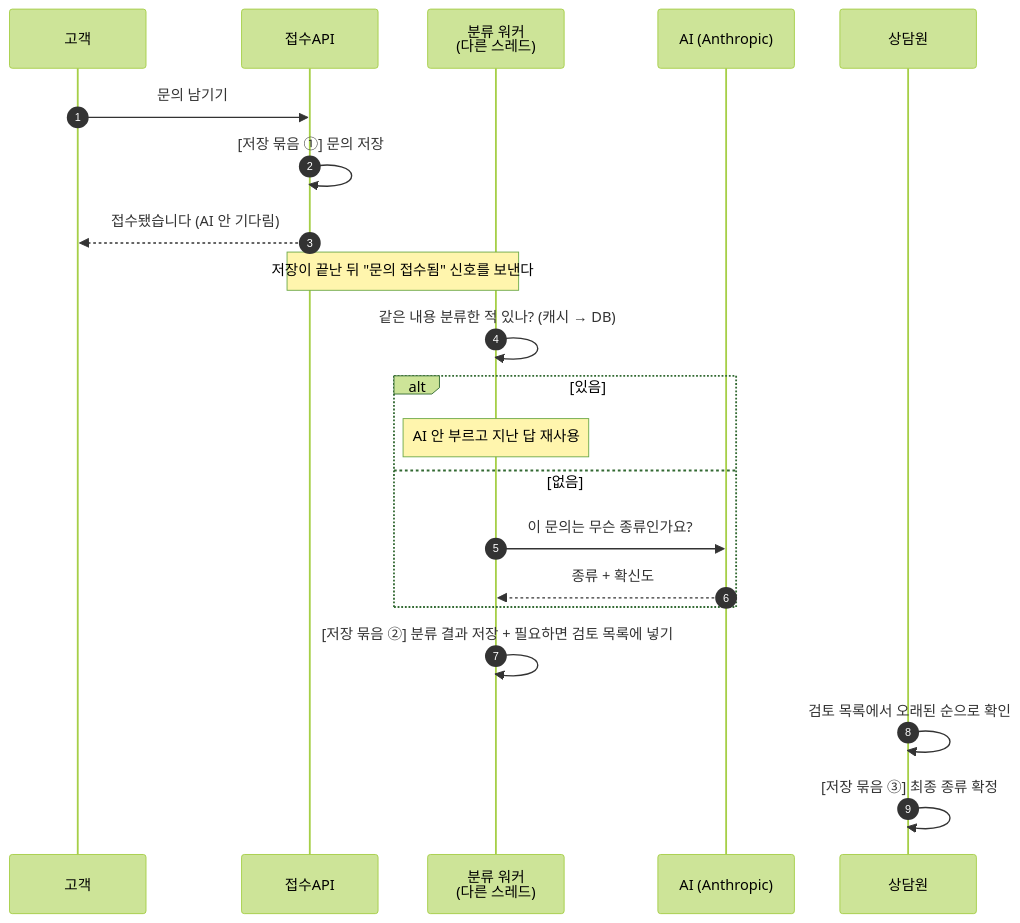
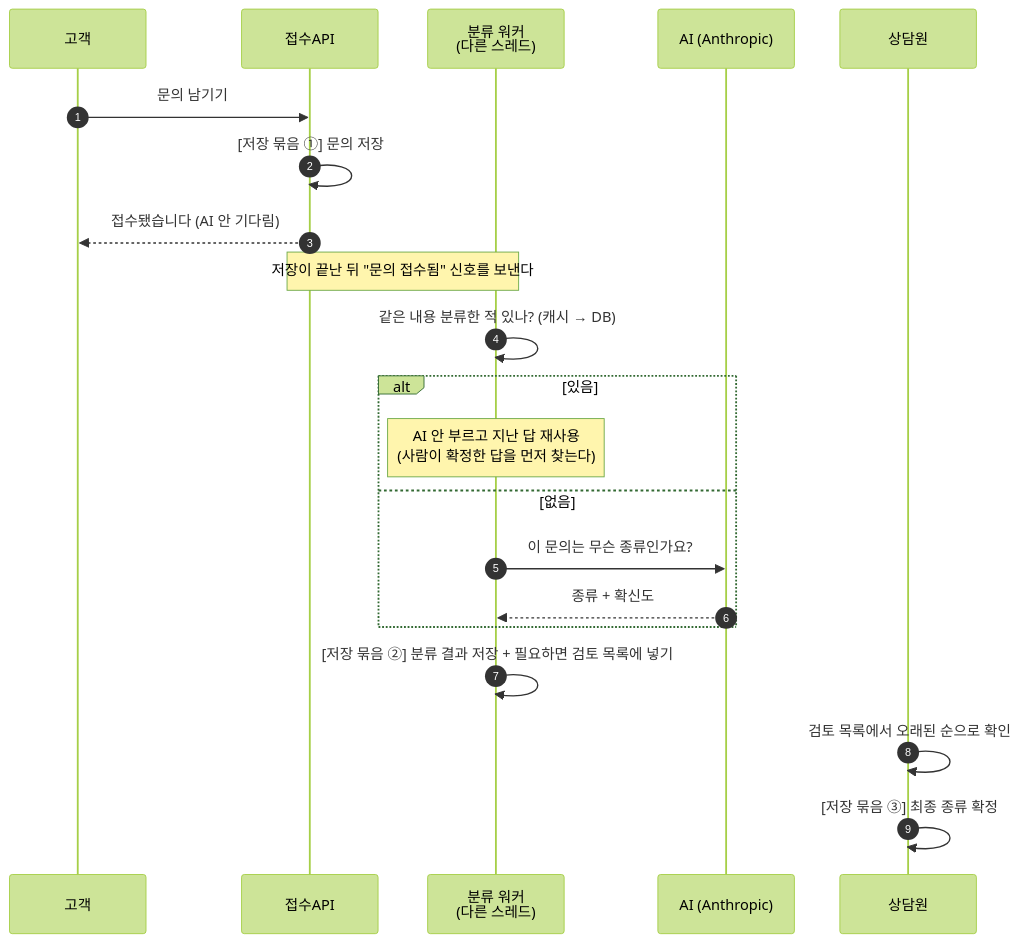
Before and after one commit to GaeChwiRpg/dingco-1-team-01: the first of 3 diagrams in PRD.md, drawn with Mermaid (forest theme). The commit also changed other lines of this file and 4 other files, not shown here.

First line of the commit message:
docs: D-032 — 사람이 확정한 답도 재사용하고, 재사용 건을 감사한다

````diff
--- a/PRD.md
+++ b/PRD.md
@@ -43,28 +43,28 @@
 ```mermaid
 sequenceDiagram
     autonumber
     participant 고객
     participant 접수API
     participant 분류워커 as 분류 워커<br/>(다른 스레드)
     participant AI as AI (Anthropic)
     participant 상담원
 
     고객->>접수API: 문의 남기기
     접수API->>접수API: [저장 묶음 ①] 문의 저장
     접수API-->>고객: 접수됐습니다 (AI 안 기다림)
 
     Note over 접수API,분류워커: 저장이 끝난 뒤 "문의 접수됨" 신호를 보낸다
 
     분류워커->>분류워커: 같은 내용 분류한 적 있나? (캐시 → DB)
     alt 있음
-        Note over 분류워커: AI 안 부르고 지난 답 재사용
+        Note over 분류워커: AI 안 부르고 지난 답 재사용<br/>(사람이 확정한 답을 먼저 찾는다)
     else 없음
         분류워커->>AI: 이 문의는 무슨 종류인가요?
         AI-->>분류워커: 종류 + 확신도
     end
 
     분류워커->>분류워커: [저장 묶음 ②] 분류 결과 저장 + 필요하면 검토 목록에 넣기
 
     상담원->>상담원: 검토 목록에서 오래된 순으로 확인
     상담원->>상담원: [저장 묶음 ③] 최종 종류 확정
 ```
````
